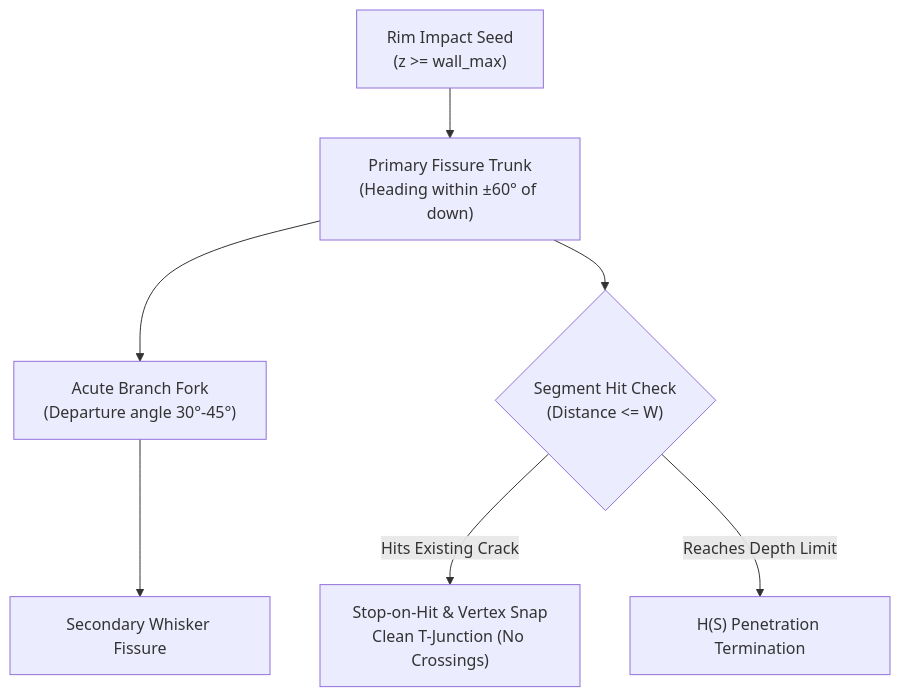
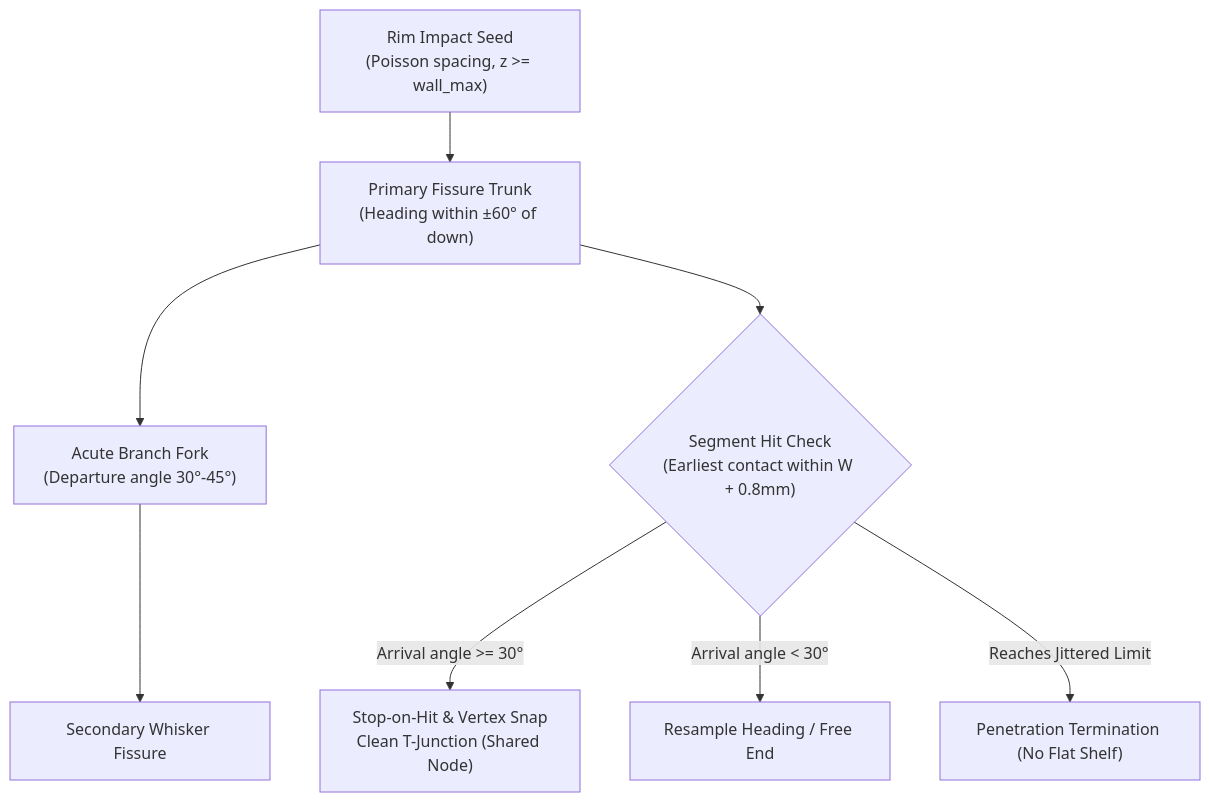
Before and after one commit to slowbutfast/kintsugi-fracture: the diagram in openspec/changes/kintsugi-crack-growth/design.md, drawn with Mermaid. The commit also changed other lines of this file and 6 other files, not shown here.

````diff
--- a/openspec/changes/kintsugi-crack-growth/design.md
+++ b/openspec/changes/kintsugi-crack-growth/design.md
@@ -91,9 +93,10 @@
 ```mermaid
 flowchart TD
-    Lip["Rim Impact Seed<br/>(z >= wall_max)"] --> Trunk["Primary Fissure Trunk<br/>(Heading within ±60° of down)"]
+    Lip["Rim Impact Seed<br/>(Poisson spacing, z >= wall_max)"] --> Trunk["Primary Fissure Trunk<br/>(Heading within ±60° of down)"]
     Trunk --> Fork["Acute Branch Fork<br/>(Departure angle 30°-45°)"]
     Fork --> SubBranch["Secondary Whisker Fissure"]
-    Trunk --> Collision{"Segment Hit Check<br/>(Distance <= W)"}
-    Collision -->|"Hits Existing Crack"| TJunction["Stop-on-Hit & Vertex Snap<br/>Clean T-Junction (No Crossings)"]
-    Collision -->|"Reaches Depth Limit"| DepthTrunc["H(S) Penetration Termination"]
+    Trunk --> Collision{"Segment Hit Check<br/>(Earliest contact within W + 0.8mm)"}
+    Collision -->|"Arrival angle >= 30°"| TJunction["Stop-on-Hit & Vertex Snap<br/>Clean T-Junction (Shared Node)"]
+    Collision -->|"Arrival angle < 30°"| Turn["Resample Heading / Free End"]
+    Collision -->|"Reaches Jittered Limit"| DepthTrunc["Penetration Termination (No Flat Shelf)"]
 ```
````
